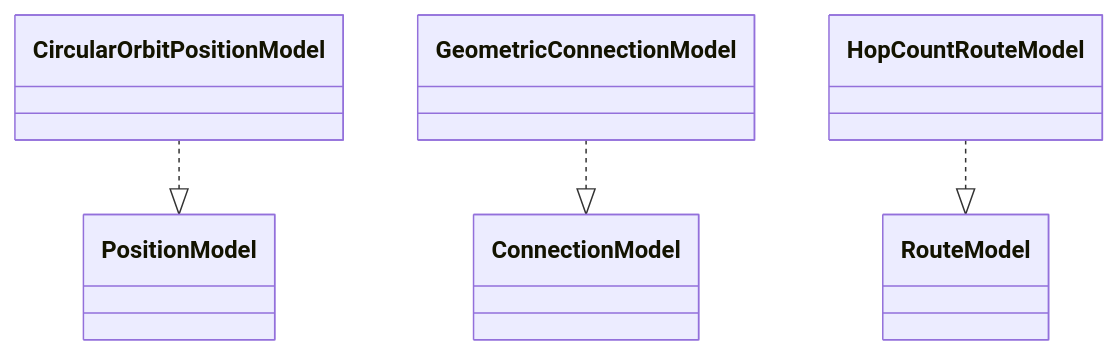
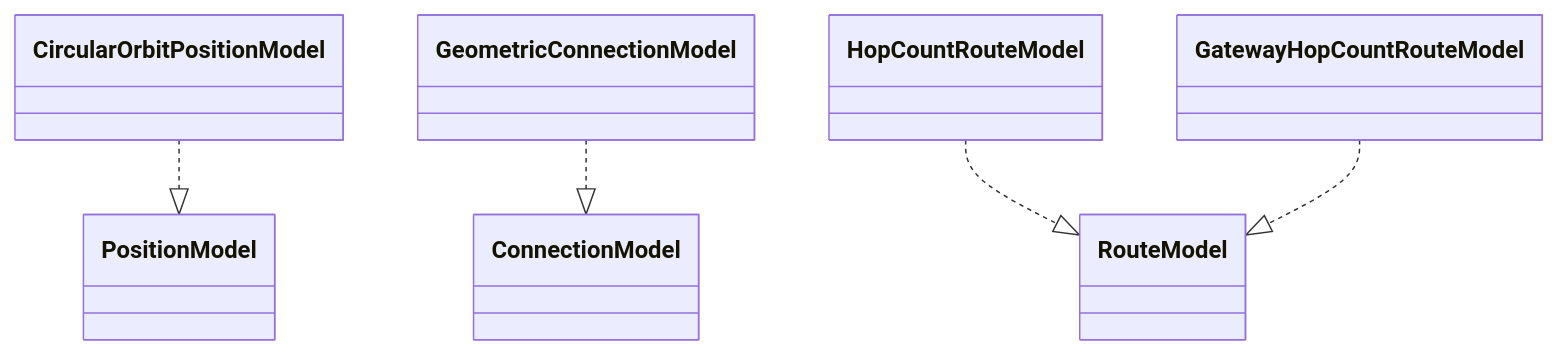
One commit to seed-labs/skyseed changed the first of 2 diagrams in skyseed_v2/src/skyseed_v2/simulator/models/README.md. Above: the diagram before and after it, drawn with Mermaid. The commit also changed other lines of this file and 124 other files, not shown here.

````diff
--- a/skyseed_v2/src/skyseed_v2/simulator/models/README.md
+++ b/skyseed_v2/src/skyseed_v2/simulator/models/README.md
@@ -12,13 +12,15 @@
 ```mermaid
 classDiagram
     class PositionModel
     class ConnectionModel
     class RouteModel
     class CircularOrbitPositionModel
     class GeometricConnectionModel
     class HopCountRouteModel
+    class GatewayHopCountRouteModel
 
     CircularOrbitPositionModel ..|> PositionModel
     GeometricConnectionModel ..|> ConnectionModel
     HopCountRouteModel ..|> RouteModel
+    GatewayHopCountRouteModel ..|> RouteModel
 ```
````
